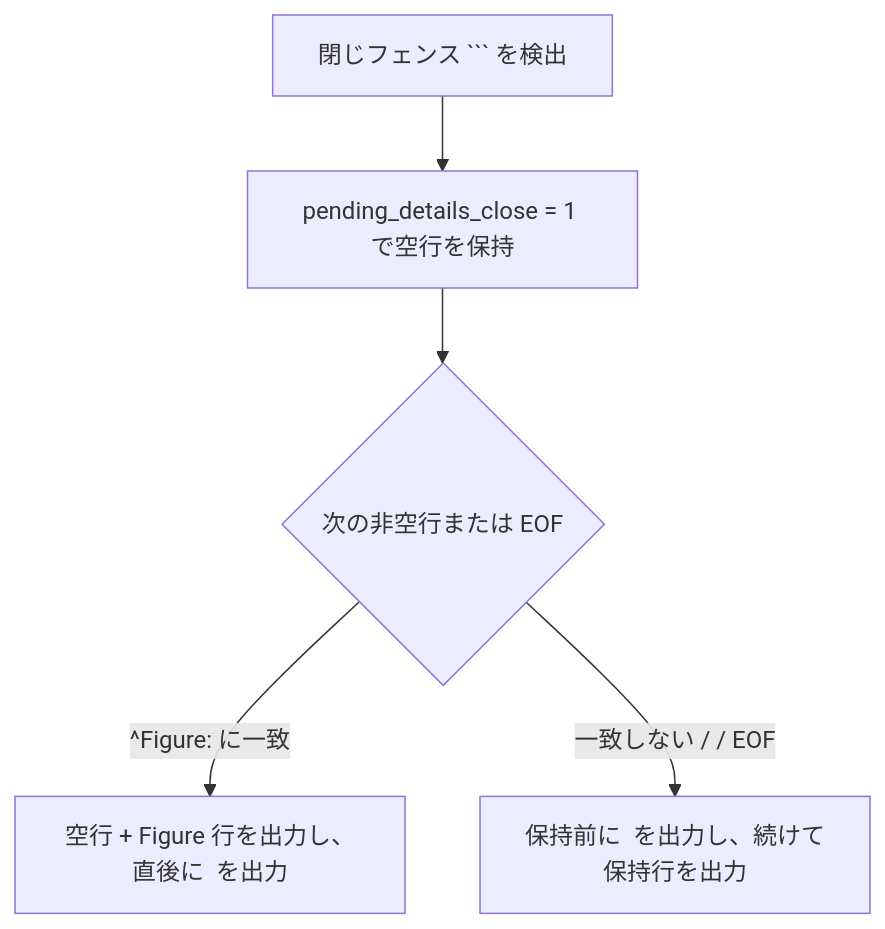
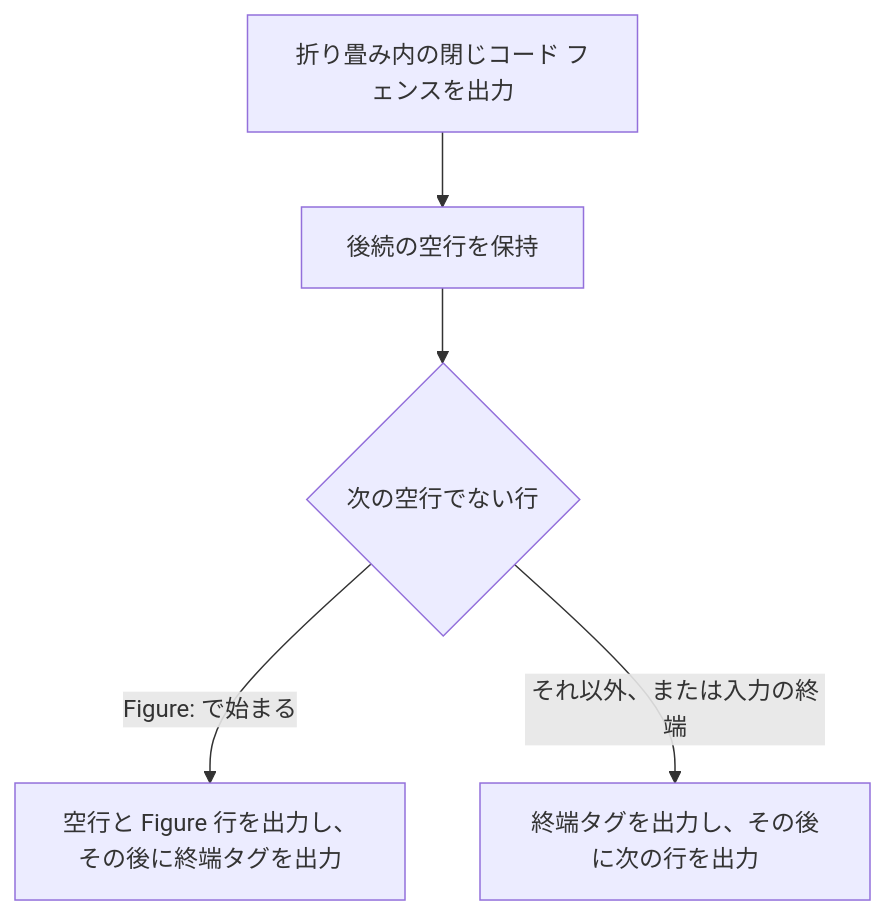
The diagram in app/general/docs/prompts/current/261114-doxygen-mermaid-migration-design.md (Hondarer/c-modernization-kit), drawn with Mermaid before and after one commit. The commit also changed other lines of this file and 2 other files, not shown here.

First line of the commit message:
feat: Doxygen 由来の図を Mermaid へ移行する変更を取り込む

````diff
--- a/app/general/docs/prompts/current/261114-doxygen-mermaid-migration-design.md
+++ b/app/general/docs/prompts/current/261114-doxygen-mermaid-migration-design.md
@@ -181,7 +269,7 @@
 ```mermaid
 flowchart TD
-    FenceClose["閉じフェンス ``` を検出"] --> BufferBlank["pending_details_close = 1 で空行を保持"]
-    BufferBlank --> NextLine{"次の非空行または EOF"}
-    NextLine -->|"^Figure: に一致"| EmitWithFig["空行 + Figure 行を出力し、直後に <!--:details--> を出力"]
-    NextLine -->|"一致しない / <!--par-end--> / EOF"| EmitNoFig["保持前に <!--:details--> を出力し、続けて保持行を出力"]
+    FenceClose["折り畳み内の閉じコード フェンスを出力"] --> Hold["後続の空行を保持"]
+    Hold --> Next{"次の空行でない行"}
+    Next -->|"Figure: で始まる"| WithFigure["空行と Figure 行を出力し、その後に終端タグを出力"]
+    Next -->|"それ以外、または入力の終端"| NoFigure["終端タグを出力し、その後に次の行を出力"]
 ```
````
